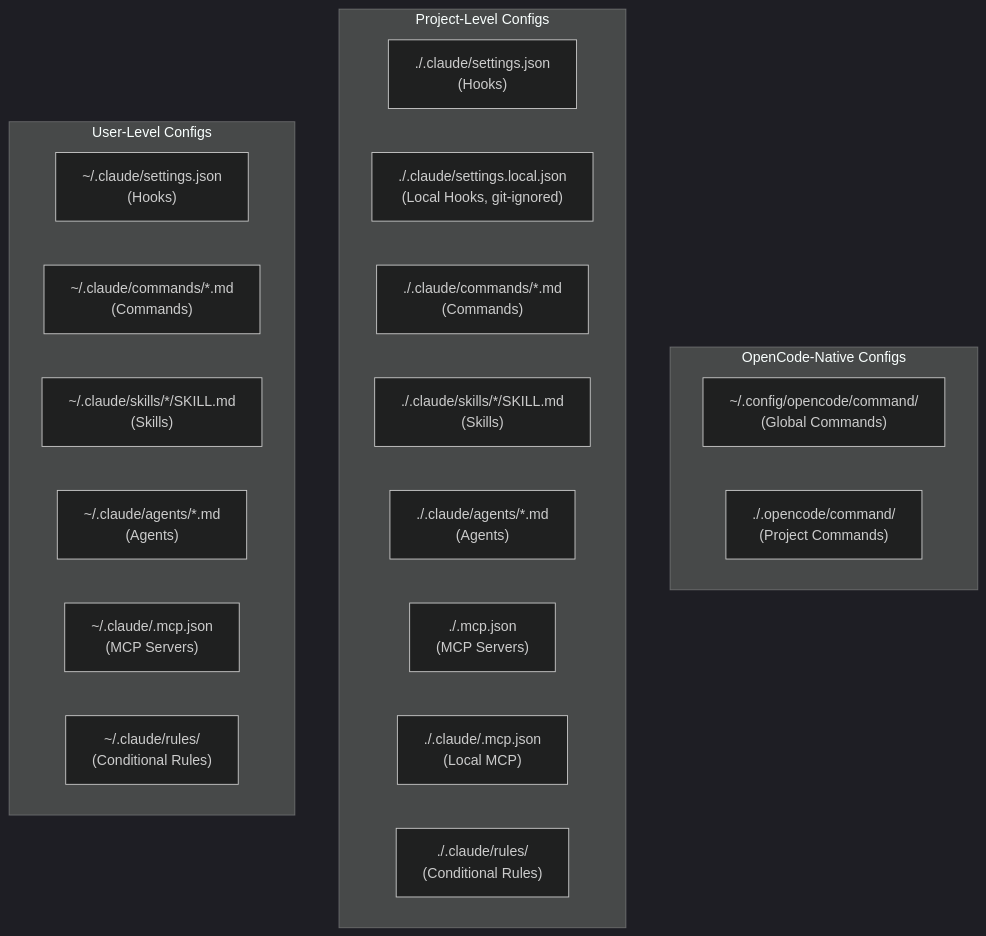
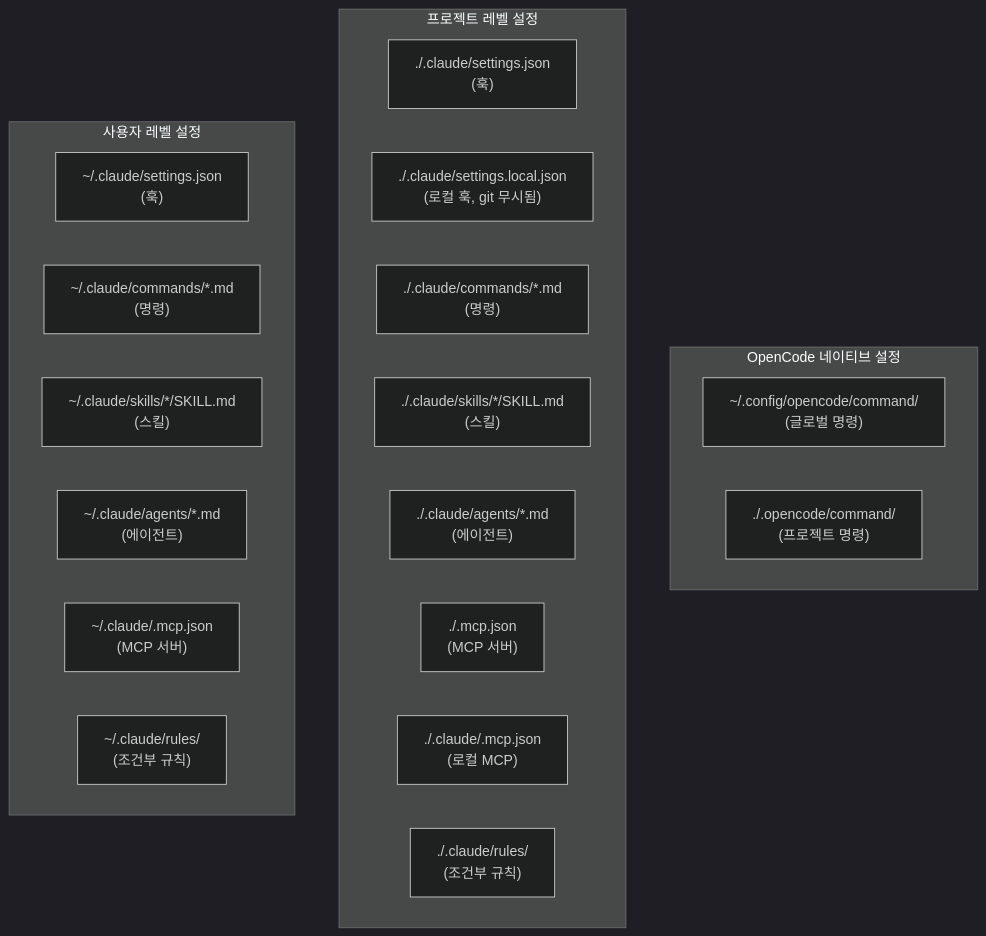
One commit to felipetruman/oh-my-opencode-docs changed the third of 4 diagrams in docs/compatibility/configuration-migration.md. Above: the diagram before and after it, drawn with Mermaid (dark theme). The commit also changed other lines of this file and 76 other files, not shown here.

````diff
--- a/docs/compatibility/configuration-migration.md
+++ b/docs/compatibility/configuration-migration.md
@@ -240,45 +240,45 @@
 ```mermaid
 flowchart TD
 
-O1["~/.config/opencode/command/<br>(Global Commands)"]
-O2["./.opencode/command/<br>(Project Commands)"]
-P1["./.claude/settings.json<br>(Hooks)"]
-P2["./.claude/settings.local.json<br>(Local Hooks, git-ignored)"]
-P3["./.claude/commands/*.md<br>(Commands)"]
-P4["./.claude/skills/*/SKILL.md<br>(Skills)"]
-P5["./.claude/agents/*.md<br>(Agents)"]
-P6["./.mcp.json<br>(MCP Servers)"]
-P7["./.claude/.mcp.json<br>(Local MCP)"]
-P8["./.claude/rules/<br>(Conditional Rules)"]
-U1["~/.claude/settings.json<br>(Hooks)"]
-U2["~/.claude/commands/*.md<br>(Commands)"]
-U3["~/.claude/skills/*/SKILL.md<br>(Skills)"]
-U4["~/.claude/agents/*.md<br>(Agents)"]
-U5["~/.claude/.mcp.json<br>(MCP Servers)"]
-U6["~/.claude/rules/<br>(Conditional Rules)"]
+O1["~/.config/opencode/command/<br>(글로벌 명령)"]
+O2["./.opencode/command/<br>(프로젝트 명령)"]
+P1["./.claude/settings.json<br>(훅)"]
+P2["./.claude/settings.local.json<br>(로컬 훅, git 무시됨)"]
+P3["./.claude/commands/*.md<br>(명령)"]
+P4["./.claude/skills/*/SKILL.md<br>(스킬)"]
+P5["./.claude/agents/*.md<br>(에이전트)"]
+P6["./.mcp.json<br>(MCP 서버)"]
+P7["./.claude/.mcp.json<br>(로컬 MCP)"]
+P8["./.claude/rules/<br>(조건부 규칙)"]
+U1["~/.claude/settings.json<br>(훅)"]
+U2["~/.claude/commands/*.md<br>(명령)"]
+U3["~/.claude/skills/*/SKILL.md<br>(스킬)"]
+U4["~/.claude/agents/*.md<br>(에이전트)"]
+U5["~/.claude/.mcp.json<br>(MCP 서버)"]
+U6["~/.claude/rules/<br>(조건부 규칙)"]
 
-subgraph subGraph2 ["OpenCode-Native Configs"]
+subgraph subGraph2 ["OpenCode 네이티브 설정"]
     O1
     O2
 end
 
-subgraph subGraph1 ["Project-Level Configs"]
+subgraph subGraph1 ["프로젝트 레벨 설정"]
     P1
     P2
     P3
     P4
     P5
     P6
     P7
     P8
 end
 
-subgraph subGraph0 ["User-Level Configs"]
+subgraph subGraph0 ["사용자 레벨 설정"]
     U1
     U2
     U3
     U4
     U5
     U6
 end
 ```
````
